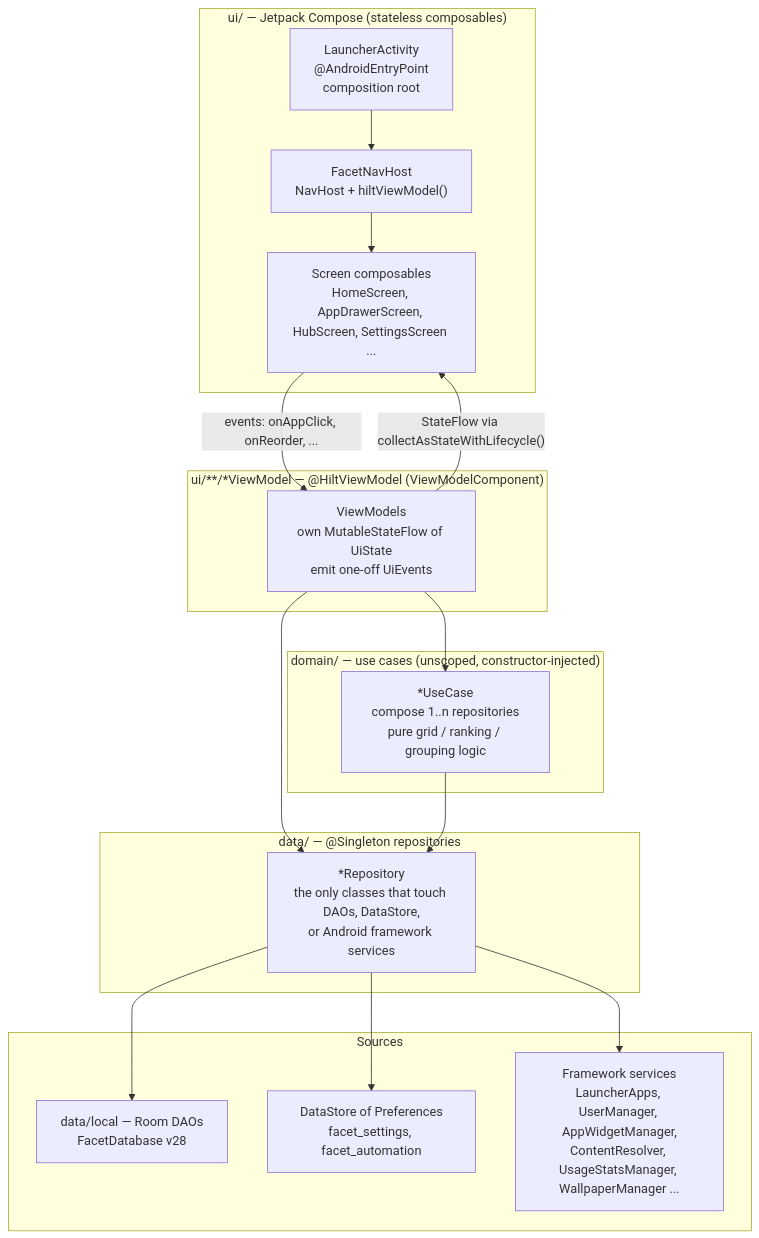
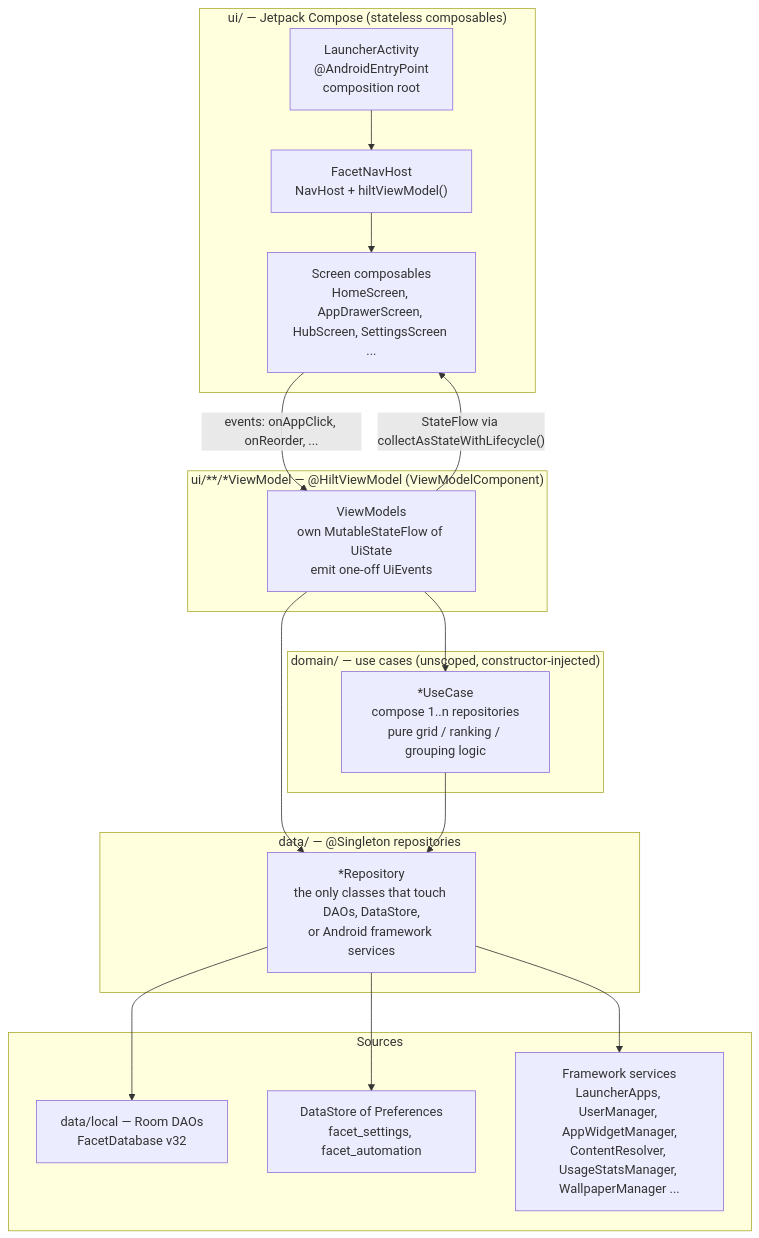
The first of 3 diagrams in docs/architecture/01-architecture-and-layers.md (rohitganjam/facet-launcher), drawn with Mermaid before and after one commit. The commit also changed other lines of this file and 10 other files, not shown here.

````diff
--- a/docs/architecture/01-architecture-and-layers.md
+++ b/docs/architecture/01-architecture-and-layers.md
@@ -8,36 +8,36 @@
 ```mermaid
 flowchart TB
     subgraph UI["ui/ — Jetpack Compose (stateless composables)"]
         ACT["LauncherActivity\n@AndroidEntryPoint\ncomposition root"]
         NAV["FacetNavHost\nNavHost + hiltViewModel()"]
         SCR["Screen composables\nHomeScreen, AppDrawerScreen, HubScreen, SettingsScreen ..."]
         ACT --> NAV --> SCR
     end
 
     subgraph VM["ui/**/*ViewModel — @HiltViewModel (ViewModelComponent)"]
         VMS["ViewModels\nown MutableStateFlow of UiState\nemit one-off UiEvents"]
     end
 
     subgraph DOM["domain/ — use cases (unscoped, constructor-injected)"]
         UC["*UseCase\ncompose 1..n repositories\npure grid / ranking / grouping logic"]
     end
 
     subgraph DATA["data/ — @Singleton repositories"]
         REPO["*Repository\nthe only classes that touch DAOs, DataStore,\nor Android framework services"]
     end
 
     subgraph SRC["Sources"]
-        DAO["data/local — Room DAOs\nFacetDatabase v28"]
+        DAO["data/local — Room DAOs\nFacetDatabase v32"]
         DS["DataStore of Preferences\nfacet_settings, facet_automation"]
         FW["Framework services\nLauncherApps, UserManager, AppWidgetManager,\nContentResolver, UsageStatsManager, WallpaperManager ..."]
     end
 
     SCR -- "events: onAppClick, onReorder, ..." --> VMS
     VMS -- "StateFlow via collectAsStateWithLifecycle()" --> SCR
     VMS --> UC
     VMS --> REPO
     UC --> REPO
     REPO --> DAO
     REPO --> DS
     REPO --> FW
 ```
````
